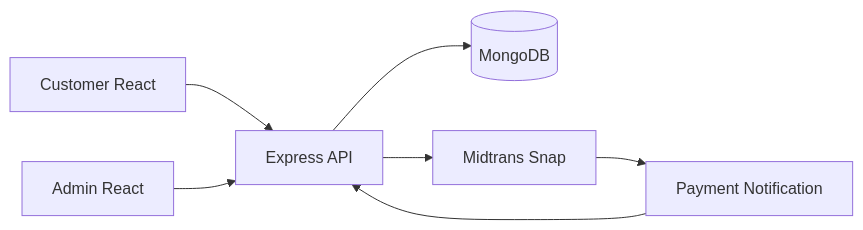
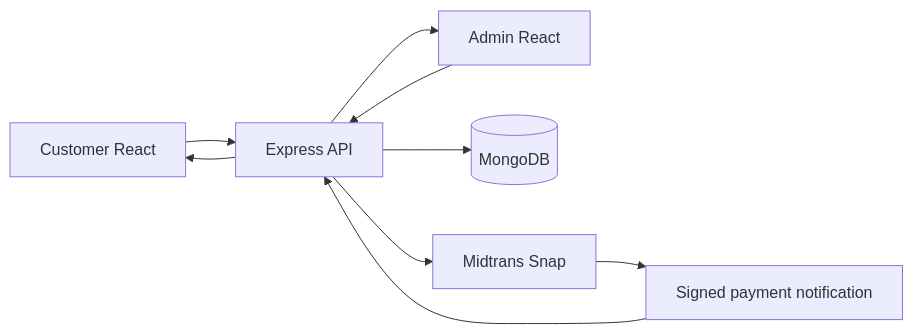
The first of 5 diagrams in docs/development-pipeline.md (HidayahMF/kantinpintarv2), drawn with Mermaid before and after one commit. The commit also changed other lines of this file, not shown here.

````diff
--- a/docs/development-pipeline.md
+++ b/docs/development-pipeline.md
@@ -9,9 +20,14 @@
 ```mermaid
 flowchart LR
-    C[Customer React] --> A[Express API]
-    ADM[Admin React] --> A
-    A --> DB[(MongoDB)]
-    A --> M[Midtrans Snap]
-    M --> W[Payment Notification]
-    W --> A
+    C[Customer React] --> API[Express API]
+    ADM[Admin React] --> API
+
+    API --> DB[(MongoDB)]
+    API --> MID[Midtrans Snap]
+
+    MID --> WEBHOOK[Signed payment notification]
+    WEBHOOK --> API
+
+    API --> C
+    API --> ADM
 ```
````
